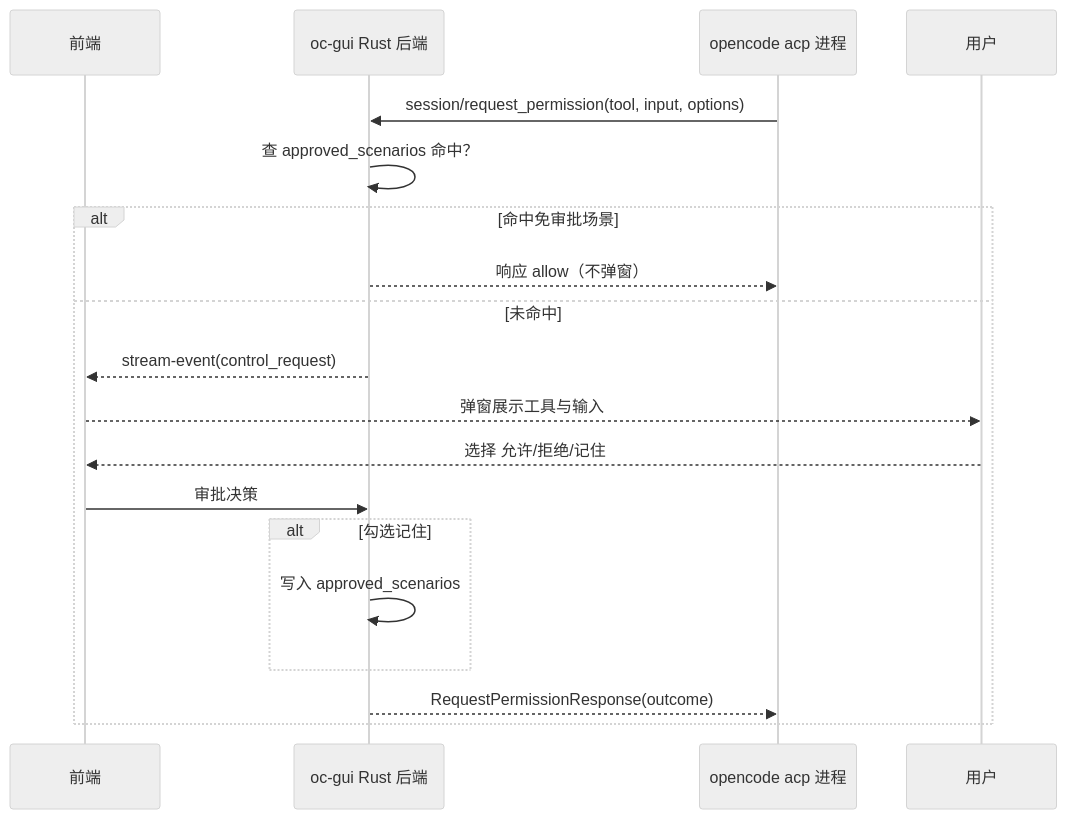
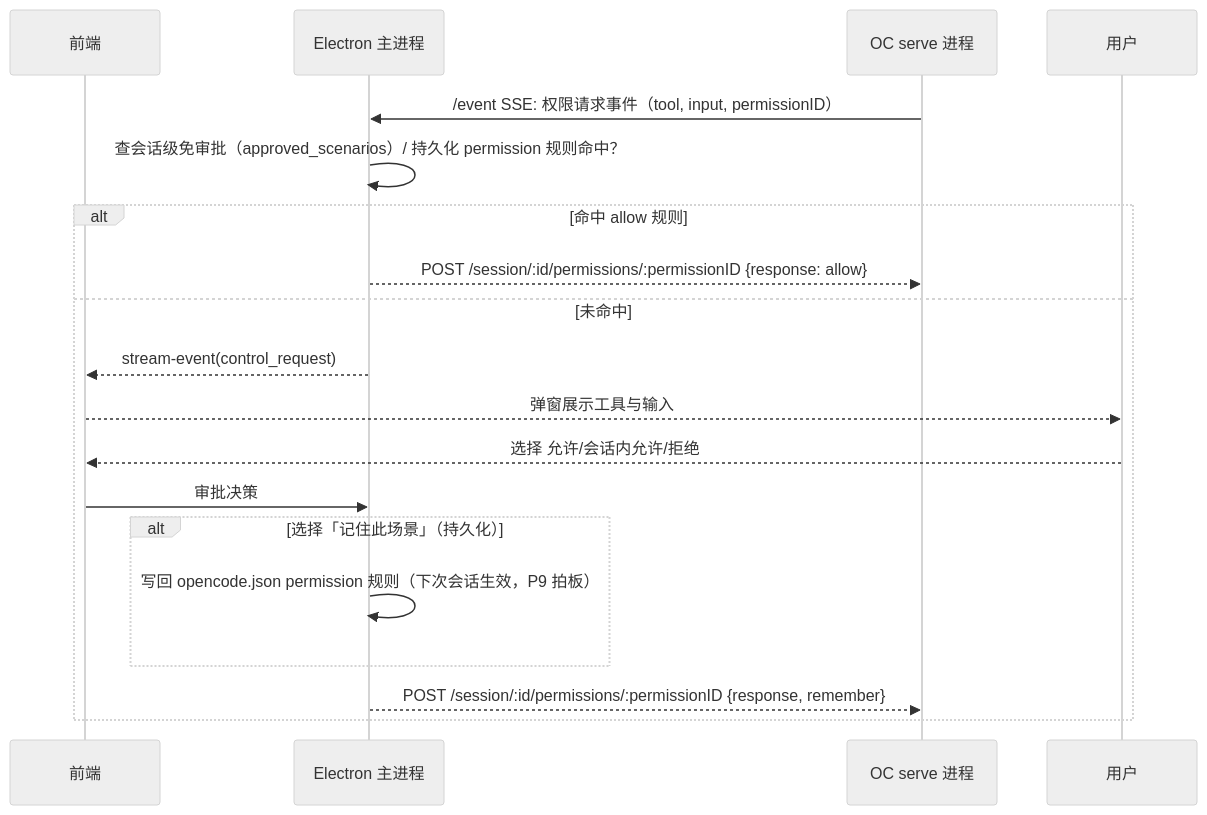
Before and after one commit to Max-Null/fractal: the sixth of 7 diagrams in docs/设计/分形-设计方案.md, drawn with Mermaid (neutral theme). The commit also changed other lines of this file, not shown here.

````diff
--- a/docs/设计/分形-设计方案.md
+++ b/docs/设计/分形-设计方案.md
@@ -706,21 +739,21 @@
 ```mermaid
 sequenceDiagram
     participant 前端
-    participant Rust as oc-gui Rust 后端
-    participant ACP as opencode acp 进程
+    participant Main as Electron 主进程
+    participant OC as OC serve 进程
 
-    ACP->>Rust: session/request_permission(tool, input, options)
-    Rust->>Rust: 查 approved_scenarios 命中？
-    alt 命中免审批场景
-        Rust-->>ACP: 响应 allow（不弹窗）
+    OC->>Main: /event SSE: 权限请求事件（tool, input, permissionID）
+    Main->>Main: 查会话级免审批（approved_scenarios）/ 持久化 permission 规则命中？
+    alt 命中 allow 规则
+        Main-->>OC: POST /session/:id/permissions/:permissionID {response: allow}
     else 未命中
-        Rust-->>前端: stream-event(control_request)
+        Main-->>前端: stream-event(control_request)
         前端-->>用户: 弹窗展示工具与输入
-        用户-->>前端: 选择 允许/拒绝/记住
-        前端->>Rust: 审批决策
-        alt 勾选记住
-            Rust->>Rust: 写入 approved_scenarios
+        用户-->>前端: 选择 允许/会话内允许/拒绝
+        前端->>Main: 审批决策
+        alt 选择「记住此场景」（持久化）
+            Main->>Main: 写回 opencode.json permission 规则（下次会话生效，P9 拍板）
         end
-        Rust-->>ACP: RequestPermissionResponse(outcome)
+        Main-->>OC: POST /session/:id/permissions/:permissionID {response, remember}
     end
 ```
````
